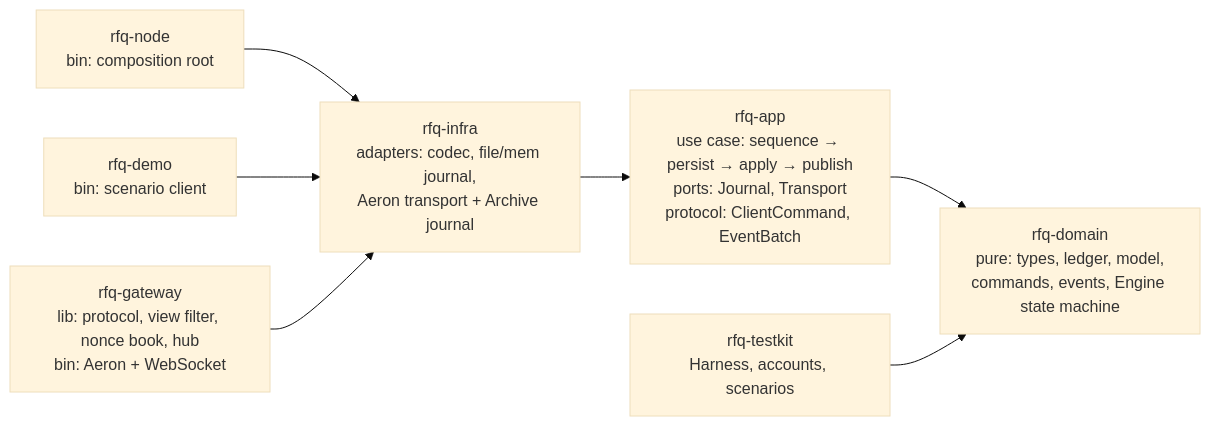
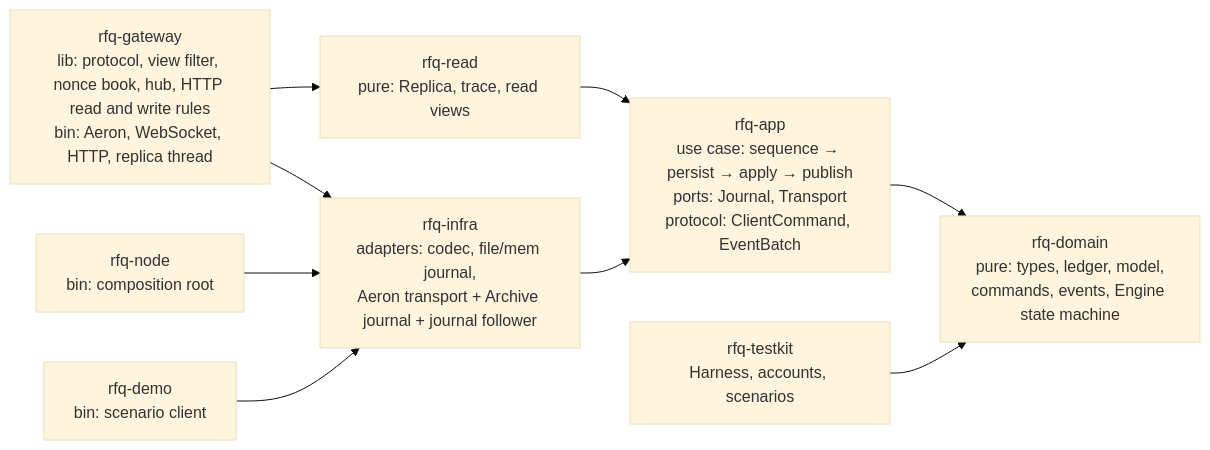
The first of 8 diagrams in docs/architecture/overview.md (hmdsefi/rfq), drawn with Mermaid (base theme) before and after one commit. The commit also changed other lines of this file and 9 other files, not shown here.

Commit message:
docs: the read side and HTTP API in the README, architecture and specs

````diff
--- a/docs/architecture/overview.md
+++ b/docs/architecture/overview.md
@@ -7,10 +7,12 @@
 ```mermaid
 flowchart LR
+  GATEWAY[rfq-gateway<br/>lib: protocol, view filter, nonce book, hub, HTTP read and write rules<br/>bin: Aeron, WebSocket, HTTP, replica thread] --> INFRA
+  GATEWAY --> READ
   NODE[rfq-node<br/>bin: composition root] --> INFRA
   DEMO[rfq-demo<br/>bin: scenario client] --> INFRA
-  GATEWAY[rfq-gateway<br/>lib: protocol, view filter, nonce book, hub<br/>bin: Aeron + WebSocket] --> INFRA
-  INFRA[rfq-infra<br/>adapters: codec, file/mem journal,<br/>Aeron transport + Archive journal] --> APP
+  READ[rfq-read<br/>pure: Replica, trace, read views] --> APP
+  INFRA[rfq-infra<br/>adapters: codec, file/mem journal,<br/>Aeron transport + Archive journal + journal follower] --> APP
   APP[rfq-app<br/>use case: sequence → persist → apply → publish<br/>ports: Journal, Transport<br/>protocol: ClientCommand, EventBatch] --> DOMAIN
   DOMAIN[rfq-domain<br/>pure: types, ledger, model,<br/>commands, events, Engine state machine]
   TK[rfq-testkit<br/>Harness, accounts, scenarios] --> DOMAIN
 ```
````
